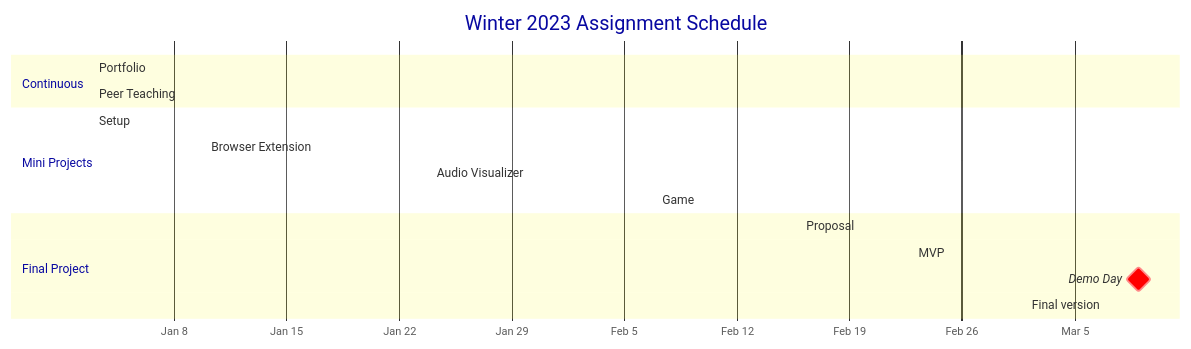
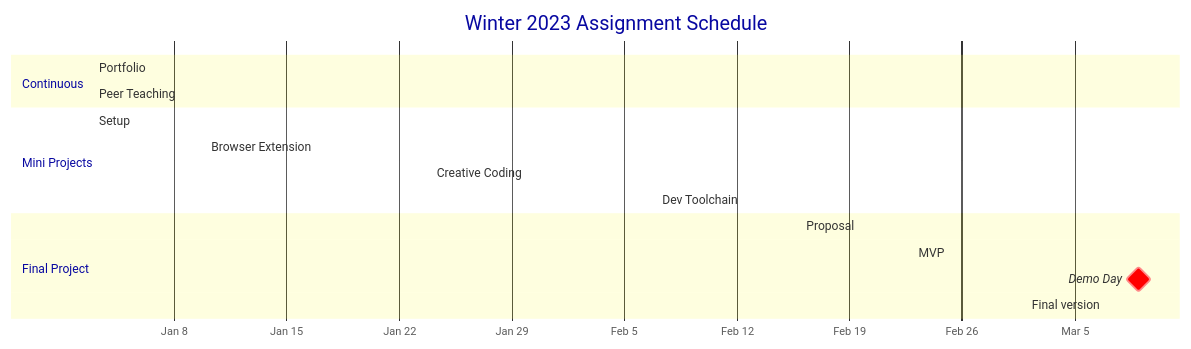
The diagram in README.md (branchwelder/web-technologies), drawn with Mermaid before and after one commit. The commit also changed other lines of this file and 1 other file, not shown here.

````diff
--- a/README.md
+++ b/README.md
@@ -25,36 +25,36 @@
 ```mermaid
 %%{
   init: {
     'theme': 'base',
     'gantt': {
         'numberSectionStyles': '2'
     },
     'themeVariables': {
       'fontFamily': 'monospace',
       'primaryColor': '#8c9aee',
       'primaryBorderColor': '#3C56E2',
       'tertiaryColor': '#f7f75e'
     }
   }
 }%%
 
 gantt
 title Winter 2023 Assignment Schedule
 axisFormat  %b %e
 
 section Continuous
 Portfolio             :active,          prf, 2023-01-03, 2023-03-17
 Peer Teaching         :active,          pte, 2023-01-03, 2023-03-17
 
 section Mini Projects
 Setup                 :active,          mp0, 2023-01-03, 2023-01-10
 Browser Extension     :                 mp1, 2023-01-10, 2023-01-24
-Audio Visualizer      :                 mp2, 2023-01-24, 2023-02-07
-Game                  :                 mp3, 2023-02-07, 2023-02-21
+Creative Coding     :                 mp2, 2023-01-24, 2023-02-07
+Dev Toolchain                  :                 mp3, 2023-02-07, 2023-02-21
 
 section Final Project
 Proposal              :                 fp0, 2023-02-16, 2023-02-23
 MVP                   :                 fp1, 2023-02-23, 2023-03-02
 Demo Day              :milestone, crit, dem, 2023-03-09, 0d
 Final version         :                 fp2, 2023-03-02, 2023-03-17
 ```
````
